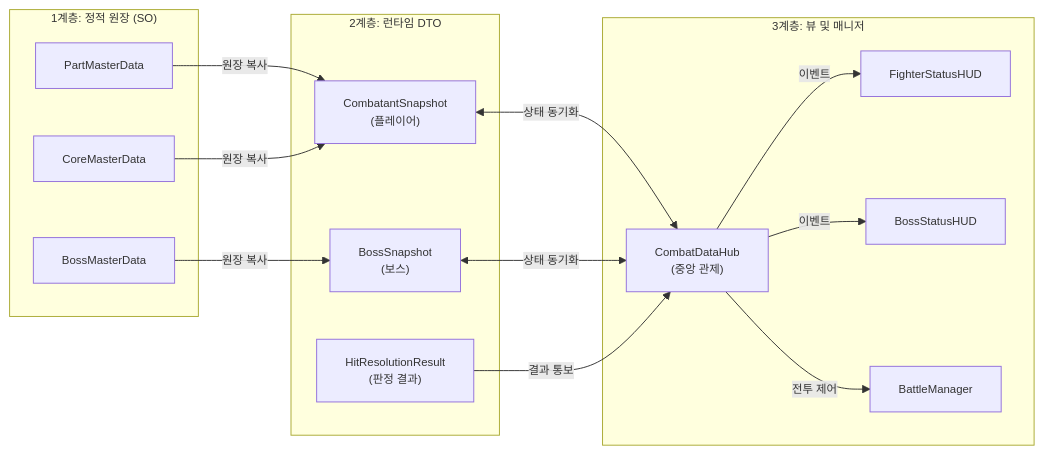
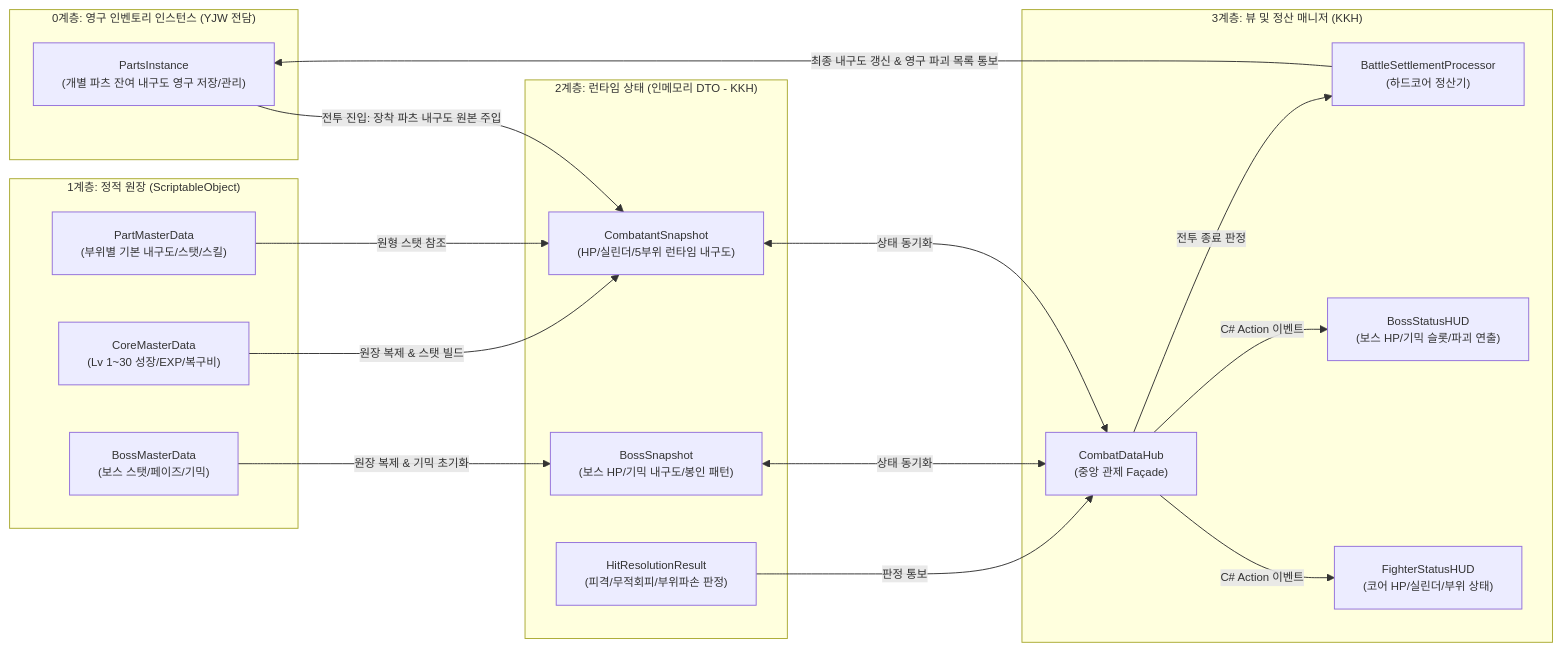
Before and after one commit to Kimdoeon52/2026_Com2us_Project: the second of 5 diagrams in Assets/KKH/06.Document/BattleManager_Architecture.md, drawn with Mermaid. The commit also changed other lines of this file and 1 other file, not shown here.

First line of the commit message:
[feat] 전투 정산 내구도 영구 연동 반영

````diff
--- a/Assets/KKH/06.Document/BattleManager_Architecture.md
+++ b/Assets/KKH/06.Document/BattleManager_Architecture.md
@@ -80,34 +118,40 @@
 ```mermaid
 %%{init: {'themeVariables': { 'fontSize': '12px' }}}%%
 flowchart LR
-    subgraph Layer1["1계층: 정적 원장 (SO)"]
-        PartSO["PartMasterData"]
-        CoreSO["CoreMasterData"]
-        BossSO["BossMasterData"]
+    subgraph Layer0["0계층: 영구 인벤토리 인스턴스 (YJW 전담)"]
+        YJW_Inv["PartsInstance<br/>(개별 파츠 잔여 내구도 영구 저장/관리)"]
     end
 
-    subgraph Layer2["2계층: 런타임 DTO"]
-        CombatantSnap["CombatantSnapshot<br/>(플레이어)"]
-        BossSnap["BossSnapshot<br/>(보스)"]
-        HitResult["HitResolutionResult<br/>(판정 결과)"]
+    subgraph Layer1["1계층: 정적 원장 (ScriptableObject)"]
+        PartSO["PartMasterData<br/>(부위별 기본 내구도/스탯/스킬)"]
+        CoreSO["CoreMasterData<br/>(Lv 1~30 성장/EXP/복구비)"]
+        BossSO["BossMasterData<br/>(보스 스탯/페이즈/기믹)"]
     end
 
-    subgraph Layer3["3계층: 뷰 및 매니저"]
-        Hub["CombatDataHub<br/>(중앙 관제)"]
-        PlayerHUD["FighterStatusHUD"]
-        BossHUD["BossStatusHUD"]
-        BattleMgr["BattleManager"]
+    subgraph Layer2["2계층: 런타임 상태 (인메모리 DTO - KKH)"]
+        CombatantSnap["CombatantSnapshot<br/>(HP/실린더/5부위 런타임 내구도)"]
+        BossSnap["BossSnapshot<br/>(보스 HP/기믹 내구도/봉인 패턴)"]
+        HitResult["HitResolutionResult<br/>(피격/무적회피/부위파손 판정)"]
     end
 
-    PartSO -->|"원장 복사"| CombatantSnap
-    CoreSO -->|"원장 복사"| CombatantSnap
-    BossSO -->|"원장 복사"| BossSnap
+    subgraph Layer3["3계층: 뷰 및 정산 매니저 (KKH)"]
+        Hub["CombatDataHub<br/>(중앙 관제 Façade)"]
+        Settlement["BattleSettlementProcessor<br/>(하드코어 정산기)"]
+        PlayerHUD["FighterStatusHUD<br/>(코어 HP/실린더/부위 상태)"]
+        BossHUD["BossStatusHUD<br/>(보스 HP/기믹 슬롯/파괴 연출)"]
+    end
+
+    PartSO -->|"원형 스탯 참조"| CombatantSnap
+    CoreSO -->|"원장 복제 & 스탯 빌드"| CombatantSnap
+    YJW_Inv -->|"전투 진입: 장착 파츠 내구도 원본 주입"| CombatantSnap
+    BossSO -->|"원장 복제 & 기믹 초기화"| BossSnap
 
     CombatantSnap <-->|"상태 동기화"| Hub
     BossSnap <-->|"상태 동기화"| Hub
-    HitResult -->|"결과 통보"| Hub
+    HitResult -->|"판정 통보"| Hub
 
-    Hub -->|"이벤트"| PlayerHUD
-    Hub -->|"이벤트"| BossHUD
-    Hub -->|"전투 제어"| BattleMgr
+    Hub -->|"C# Action 이벤트"| PlayerHUD
+    Hub -->|"C# Action 이벤트"| BossHUD
+    Hub -->|"전투 종료 판정"| Settlement
+    Settlement -->|"최종 내구도 갱신 & 영구 파괴 목록 통보"| YJW_Inv
 ```
````
